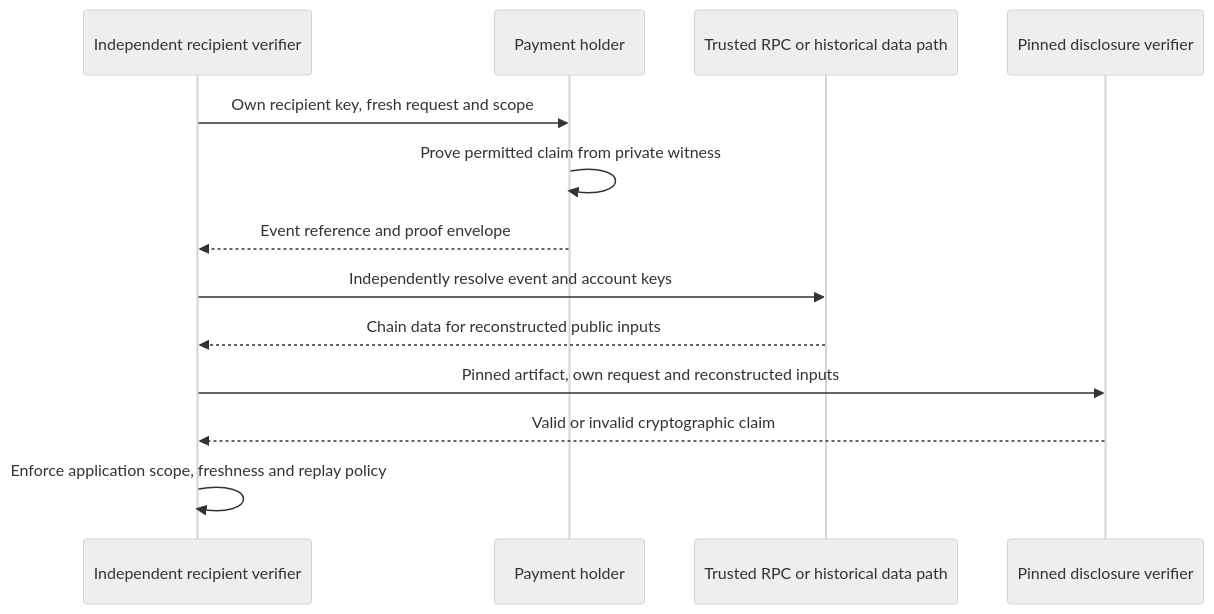
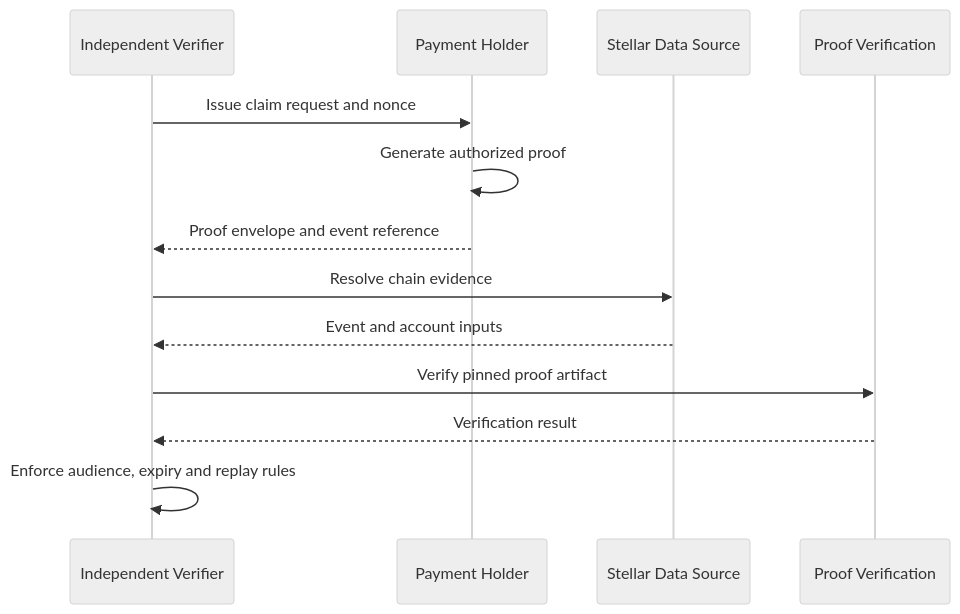
One commit to ToluLabs/Lucent changed the fourth of 4 diagrams in SCF-46-TECHNICAL-ARCHITECTURE.md. Above: the diagram before and after it, drawn with Mermaid (neutral theme). The commit also changed other lines of this file, not shown here.

````diff
--- a/SCF-46-TECHNICAL-ARCHITECTURE.md
+++ b/SCF-46-TECHNICAL-ARCHITECTURE.md
@@ -438,15 +907,16 @@
 ```mermaid
 sequenceDiagram
-  participant R as Independent recipient verifier
-  participant H as Payment holder
-  participant C as Trusted RPC or historical data path
-  participant V as Pinned disclosure verifier
-  R->>H: Own recipient key, fresh request and scope
-  H->>H: Prove permitted claim from private witness
-  H-->>R: Event reference and proof envelope
-  R->>C: Independently resolve event and account keys
-  C-->>R: Chain data for reconstructed public inputs
-  R->>V: Pinned artifact, own request and reconstructed inputs
-  V-->>R: Valid or invalid cryptographic claim
-  R->>R: Enforce application scope, freshness and replay policy
+    participant R as Independent Verifier
+    participant H as Payment Holder
+    participant C as Stellar Data Source
+    participant V as Proof Verification
+
+    R->>H: Issue claim request and nonce
+    H->>H: Generate authorized proof
+    H-->>R: Proof envelope and event reference
+    R->>C: Resolve chain evidence
+    C-->>R: Event and account inputs
+    R->>V: Verify pinned proof artifact
+    V-->>R: Verification result
+    R->>R: Enforce audience, expiry and replay rules
 ```
````
